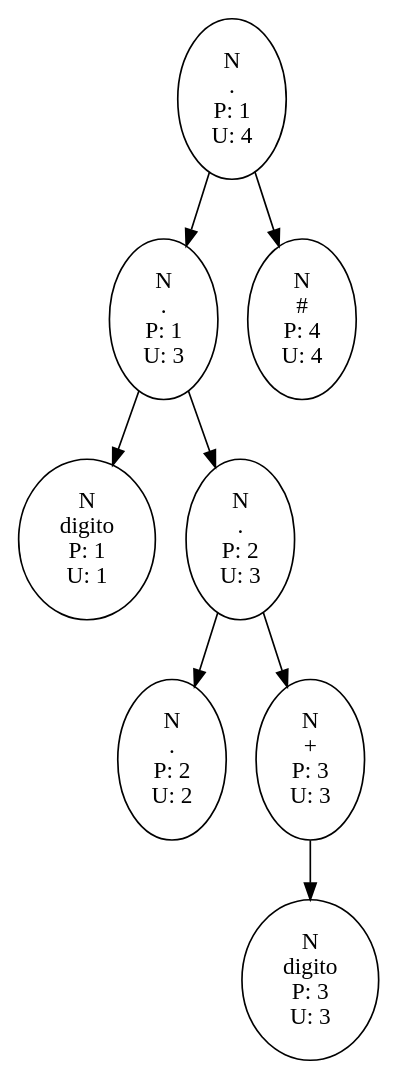
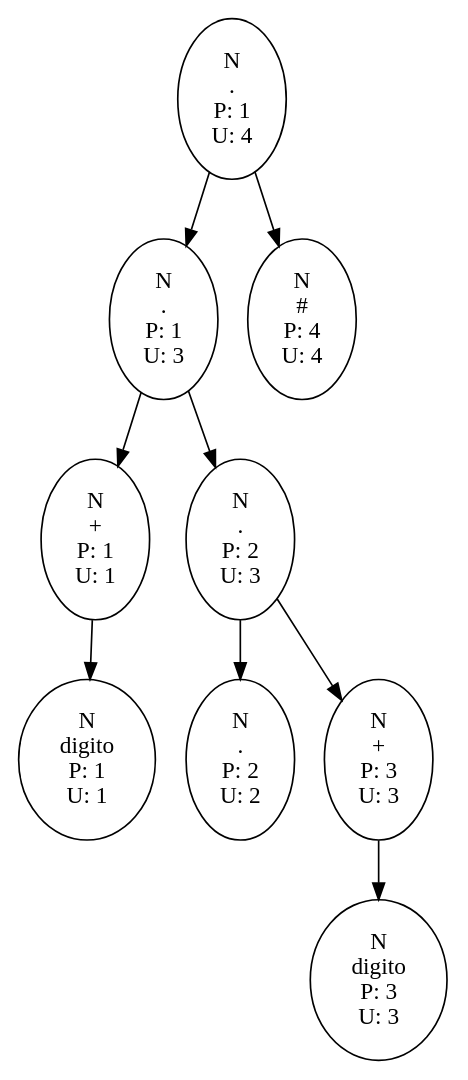
The diagram in Reportes_202003894/Arboles_202003894/ExpresionReg2.dot (EstuardoSon/OCL1_202003894_P1), drawn with Graphviz before and after one commit. The commit also changed 41 other files, not shown here.

```diff
--- a/Reportes_202003894/Arboles_202003894/ExpresionReg2.dot
+++ b/Reportes_202003894/Arboles_202003894/ExpresionReg2.dot
@@ -1,41 +1,46 @@
 digraph G{
-N4->N1
+N5->N2
+N2->N1
 N1->1
 1[label="N
 digito
 P: 1
 U: 1"];
 N1[label="N
++
+P: 1
+U: 1"];
+N2[label="N
 .
 P: 1
 U: 3"];
-N1->N2
-N2->2
+N2->N3
+N3->2
 2[label="N
 .
 P: 2
 U: 2"];
-N2[label="N
+N3[label="N
 .
 P: 2
 U: 3"];
-N2->N3
-N3->3
+N3->N4
+N4->3
 3[label="N
 digito
 P: 3
 U: 3"];
-N3[label="N
+N4[label="N
 +
 P: 3
 U: 3"];
-N4[label="N
+N5[label="N
 .
 P: 1
 U: 4"];
-N4->4
+N5->4
 4[label="N
 #
 P: 4
 U: 4"];
 }
```
